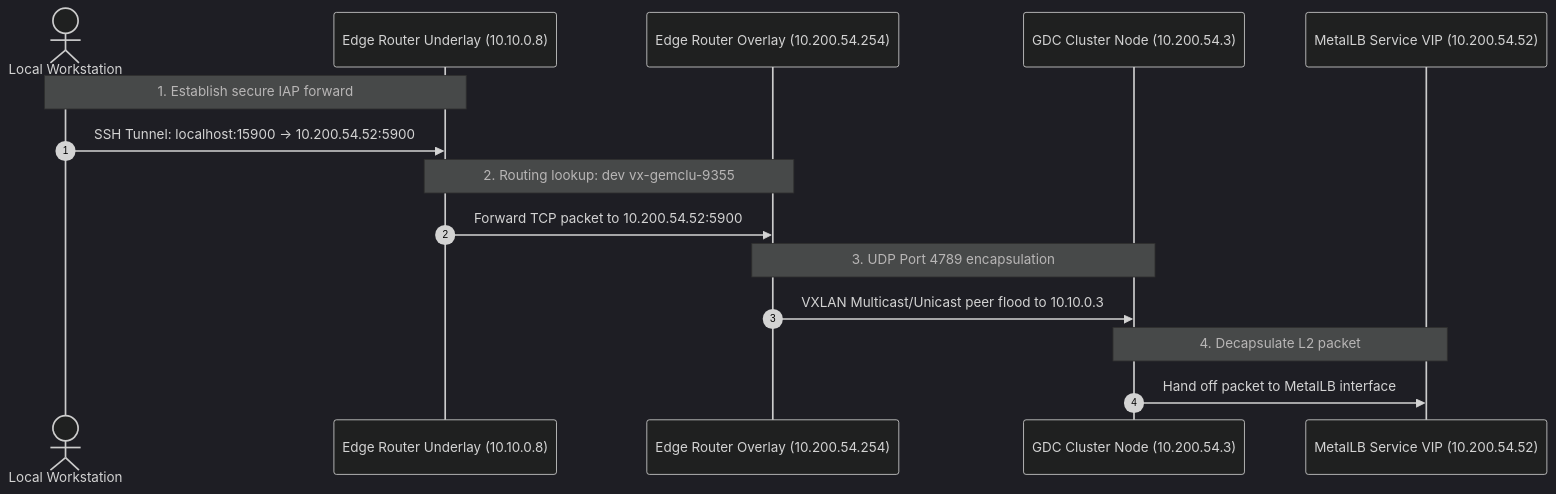
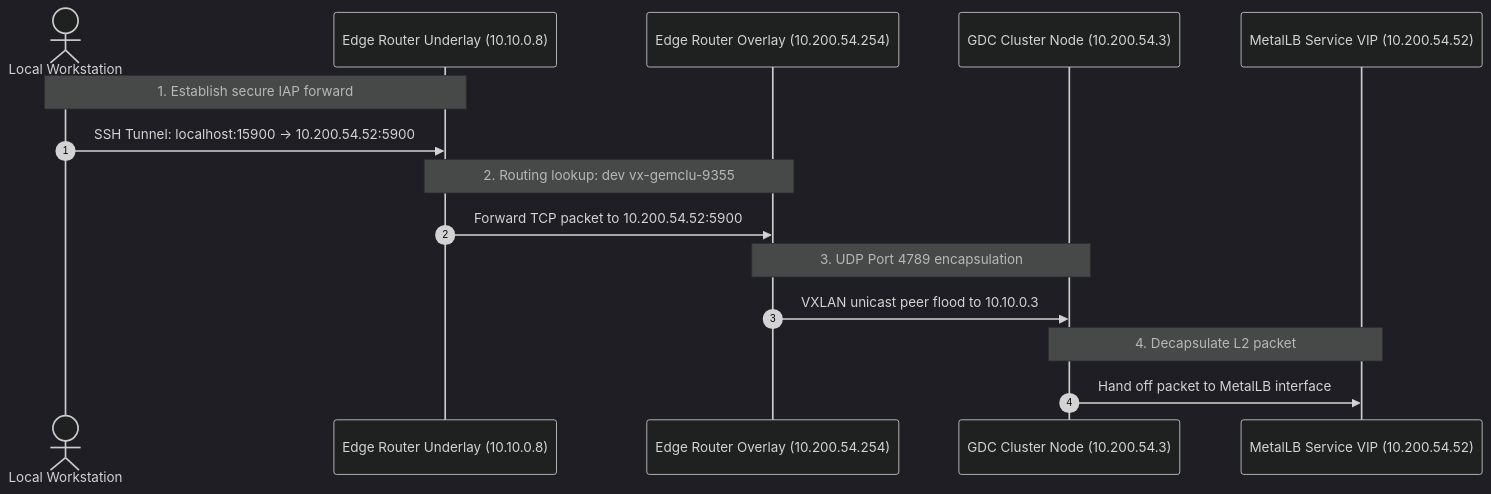
Before and after one commit to GDC-ConsumerEdge/gem-gdc-emulation-environment: the second of 2 diagrams in docs/gem-networking.md, drawn with Mermaid (dark theme). The commit also changed other lines of this file and 37 other files, not shown here.

````diff
--- a/docs/gem-networking.md
+++ b/docs/gem-networking.md
@@ -169,18 +242,18 @@
 ```mermaid
 sequenceDiagram
     autonumber
     actor Dev as Local Workstation
     participant ER_VPC as Edge Router Underlay (10.10.0.8)
     participant ER_VX as Edge Router Overlay (10.200.54.254)
     participant Node as GDC Cluster Node (10.200.54.3)
     participant VIP as MetalLB Service VIP (10.200.54.52)
 
     Note over Dev, ER_VPC: 1. Establish secure IAP forward
     Dev->>ER_VPC: SSH Tunnel: localhost:15900 -> 10.200.54.52:5900
     Note over ER_VPC, ER_VX: 2. Routing lookup: dev vx-gemclu-9355
     ER_VPC->>ER_VX: Forward TCP packet to 10.200.54.52:5900
     Note over ER_VX, Node: 3. UDP Port 4789 encapsulation
-    ER_VX->>Node: VXLAN Multicast/Unicast peer flood to 10.10.0.3
+    ER_VX->>Node: VXLAN unicast peer flood to 10.10.0.3
     Note over Node, VIP: 4. Decapsulate L2 packet
     Node->>VIP: Hand off packet to MetalLB interface
 ```
````
